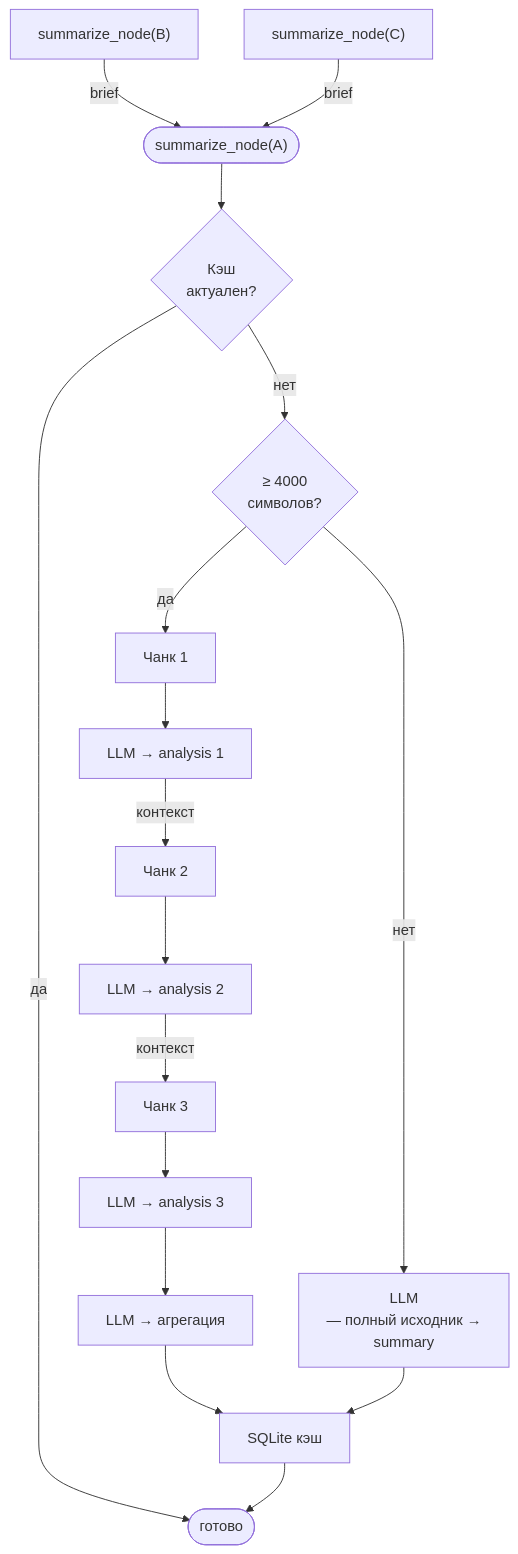
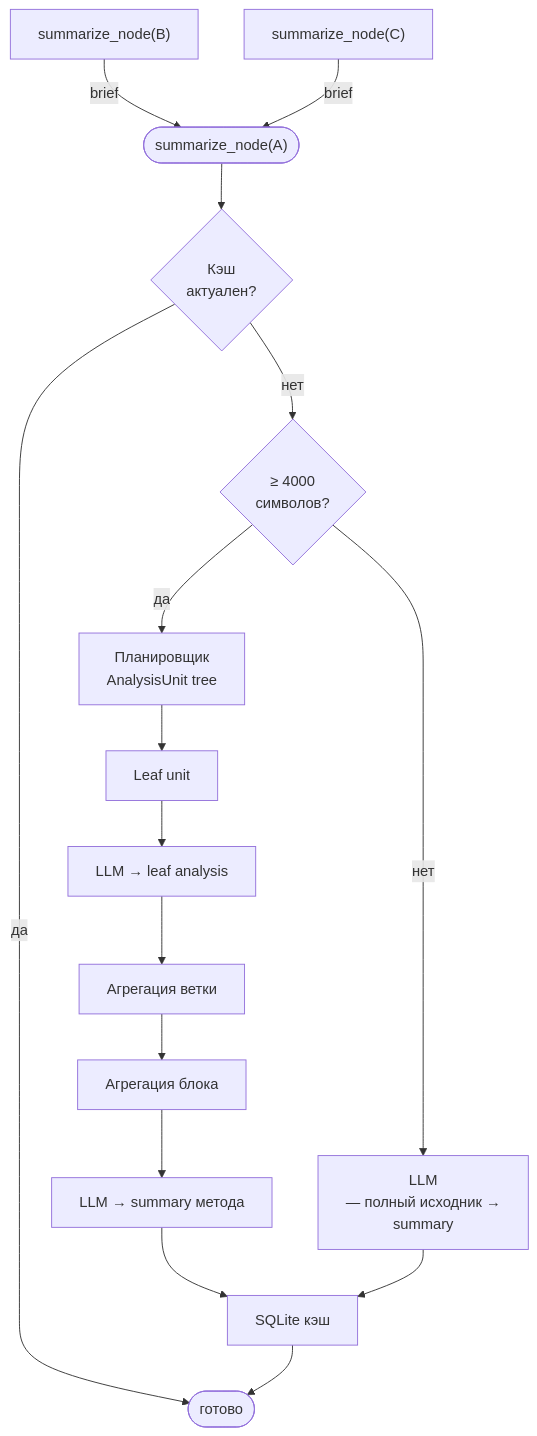
One commit to dbobylev/plsql_explain changed the second of 2 diagrams in PRESENTATION.md. Above: the diagram before and after it, drawn with Mermaid. The commit also changed other lines of this file and 6 other files, not shown here.

````diff
--- a/PRESENTATION.md
+++ b/PRESENTATION.md
@@ -47,23 +47,22 @@
 ```mermaid
 flowchart TD
     B["summarize_node(B)"] -->|brief| A
     C["summarize_node(C)"] -->|brief| A
 
     A(["summarize_node(A)"]) --> Cache{"Кэш<br>актуален?"}
     Cache -->|да| Done(["готово"])
     Cache -->|нет| SizeCheck{"≥ 4000<br>символов?"}
 
     SizeCheck -->|нет| LLMC["LLM<br>— полный исходник →<br>summary"]
 
-    SizeCheck -->|да| S1["Чанк 1"]
-    S1 --> LLM1["LLM → analysis 1"]
-    LLM1 -->|контекст| S2["Чанк 2"]
-    S2 --> LLM2["LLM → analysis 2"]
-    LLM2 -->|контекст| S3["Чанк 3"]
-    S3 --> LLM3["LLM → analysis 3"]
-    LLM3 --> Agg["LLM → агрегация"]
+    SizeCheck -->|да| Plan["Планировщик<br>AnalysisUnit tree"]
+    Plan --> Leaf["Leaf unit"]
+    Leaf --> LeafLLM["LLM → leaf analysis"]
+    LeafLLM --> Branch["Агрегация ветки"]
+    Branch --> Block["Агрегация блока"]
+    Block --> Agg["LLM → summary метода"]
 
     Agg --> Persist["SQLite кэш"]
     LLMC --> Persist
     Persist --> Done
 ```
````
